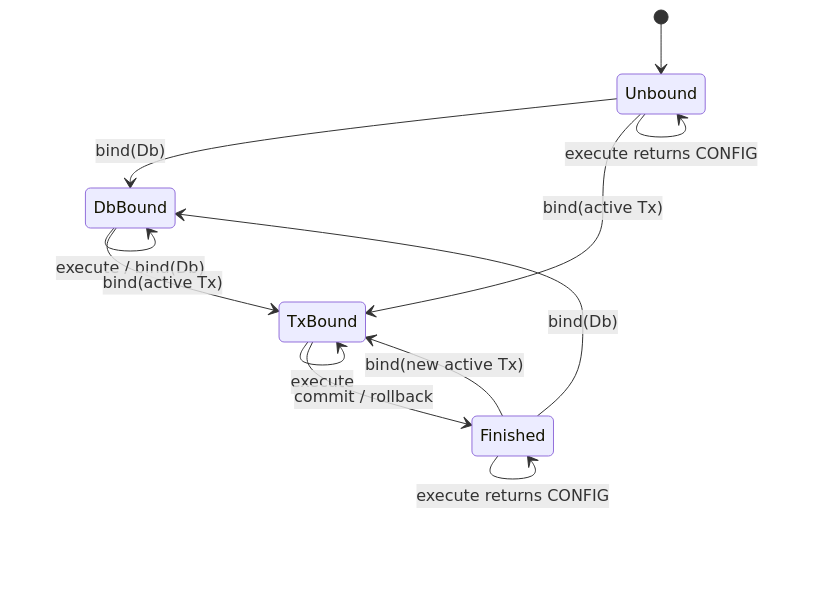
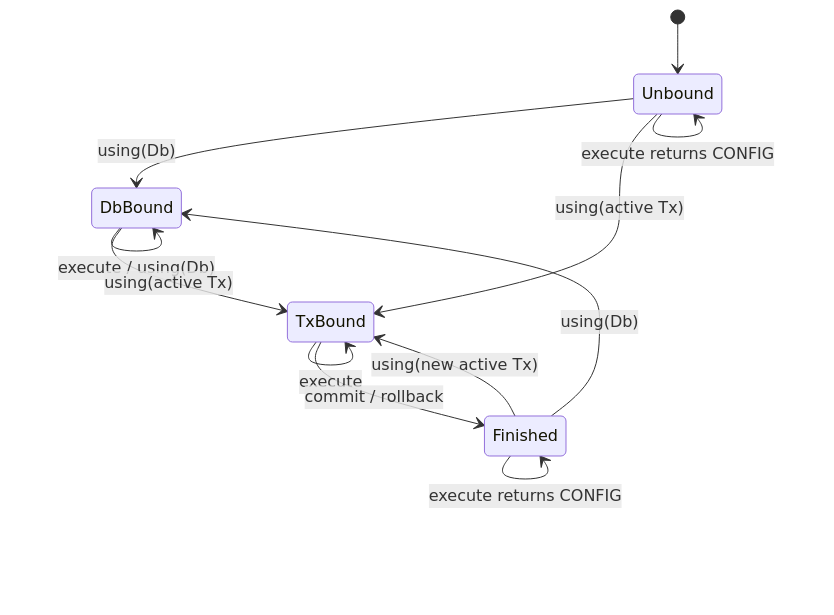
The fourth of 9 diagrams in docs/interfaces.md (polyspec/orm), drawn with Mermaid before and after one commit. The commit also changed other lines of this file and 67 other files, not shown here.

````diff
--- a/docs/interfaces.md
+++ b/docs/interfaces.md
@@ -285,14 +285,14 @@
 ```mermaid
 stateDiagram-v2
     [*] --> Unbound
-    Unbound --> DbBound: bind(Db)
-    Unbound --> TxBound: bind(active Tx)
-    DbBound --> DbBound: execute / bind(Db)
-    DbBound --> TxBound: bind(active Tx)
+    Unbound --> DbBound: using(Db)
+    Unbound --> TxBound: using(active Tx)
+    DbBound --> DbBound: execute / using(Db)
+    DbBound --> TxBound: using(active Tx)
     TxBound --> TxBound: execute
     TxBound --> Finished: commit / rollback
-    Finished --> DbBound: bind(Db)
-    Finished --> TxBound: bind(new active Tx)
+    Finished --> DbBound: using(Db)
+    Finished --> TxBound: using(new active Tx)
     Unbound --> Unbound: execute returns CONFIG
     Finished --> Finished: execute returns CONFIG
 ```
````
